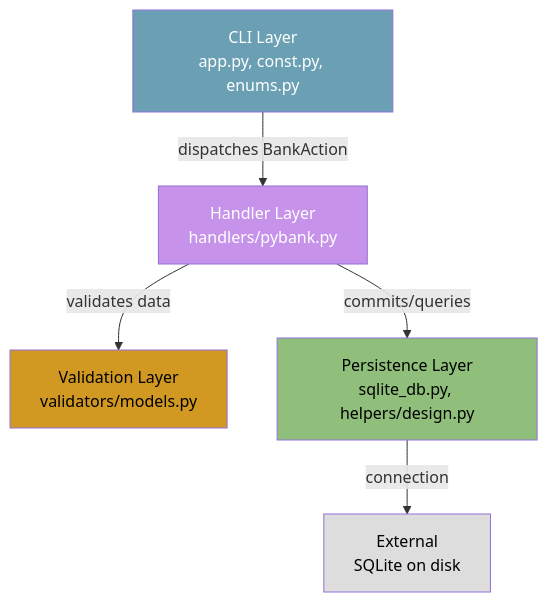
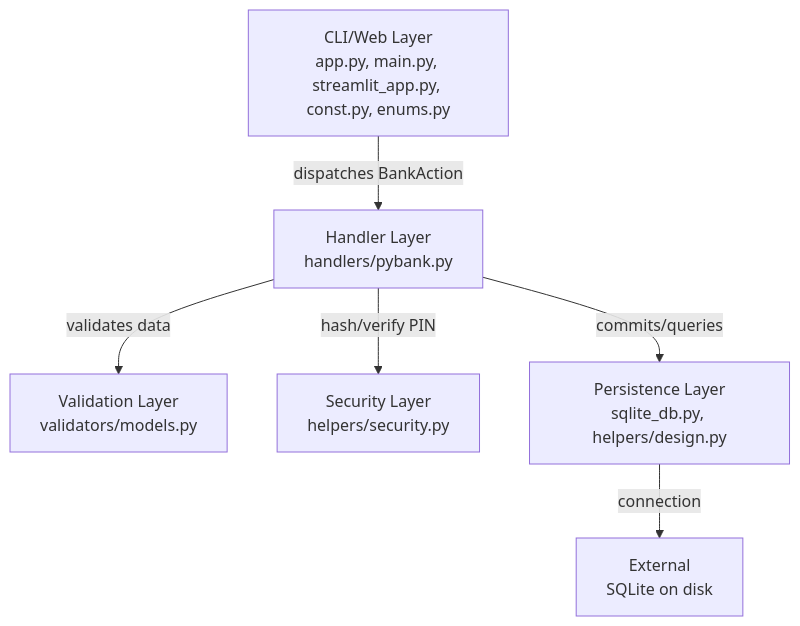
Before and after one commit to anupmika/pybank: the first of 5 diagrams in docs/architecture.md, drawn with Mermaid. The commit also changed other lines of this file and 2 other files, not shown here.

````diff
--- a/docs/architecture.md
+++ b/docs/architecture.md
@@ -42,25 +28,15 @@
 ```mermaid
 flowchart TD
-    CLI["CLI Layer<br/>app.py, const.py, enums.py"]
+    CLI["CLI/Web Layer<br/>app.py, main.py, streamlit_app.py, const.py, enums.py"]
     Handler["Handler Layer<br/>handlers/pybank.py"]
     Validation["Validation Layer<br/>validators/models.py"]
+    Security["Security Layer<br/>helpers/security.py"]
     Persistence["Persistence Layer<br/>sqlite_db.py, helpers/design.py"]
     External["External<br/>SQLite on disk"]
 
     CLI -->|dispatches BankAction| Handler
     Handler -->|validates data| Validation
+    Handler -->|hash/verify PIN| Security
     Handler -->|commits/queries| Persistence
     Persistence -->|connection| External
-
-    classDef cli fill:#6a9fb4,color:#fff
-    classDef handler fill:#c792ea,color:#fff
-    classDef validation fill:#d29922,color:#000
-    classDef persistence fill:#8fbf7b,color:#000
-    classDef external fill:#ddd,color:#000
-
-    class CLI cli
-    class Handler handler
-    class Validation validation
-    class Persistence persistence
-    class External external
 ```
````
